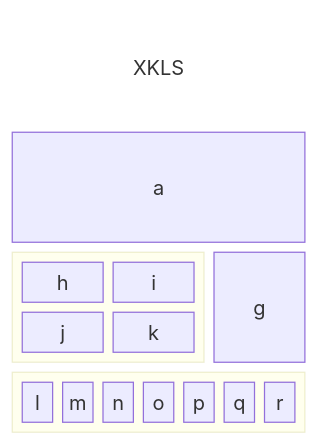
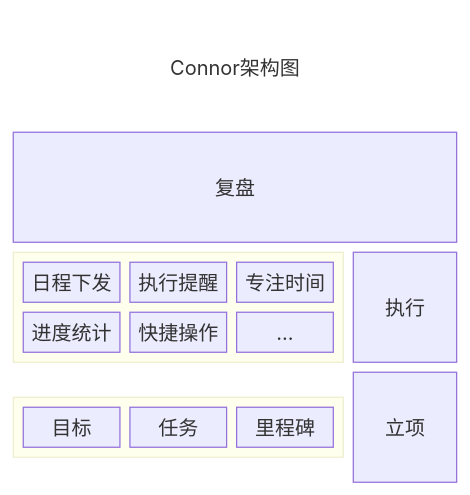
The fifth of 5 diagrams in docs/program/connor-kickoff.md (Junlin-Robin/wz_study), drawn with Mermaid before and after one commit. The commit also changed other lines of this file and 8 other files, not shown here.

````diff
--- a/docs/program/connor-kickoff.md
+++ b/docs/program/connor-kickoff.md
@@ -209,16 +222,18 @@
 ```mermaid
 block-beta
-  columns 3
-  cc["XKLS"]:3
-  a:3
-  block:group1:2
-    columns 2
-    h i j k
+  columns 4
+  TITLE["Connor架构图"]:4
+  ANALYZE["复盘"]:4
+  block:group2:3
+    columns 3
+    DAILY["日程下发"] ALRAM["执行提醒"]
+    TIMER["专注时间"] STATISFICATION["进度统计"] QUICK["快捷操作"] ETC["..."] 
   end
-  g
-  block:group2:3
-    %% columns auto (default)
-    l m n o p q r
+  CONDUCT["执行"]:1
+  block:group1:3
+    columns 3
+    GOAL["目标"] TASK["任务"] NODE["里程碑"]
   end
-   style cc fill:transparent,stroke:none,height:20px
+  IO["立项"]:1
+  style TITLE fill:transparent,stroke:none
 ```
````
